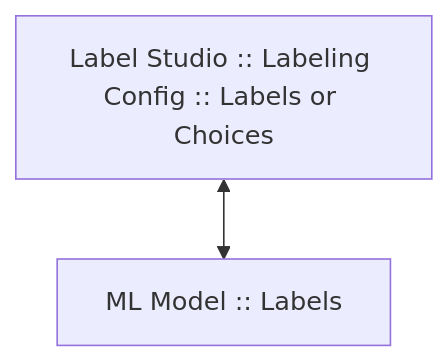
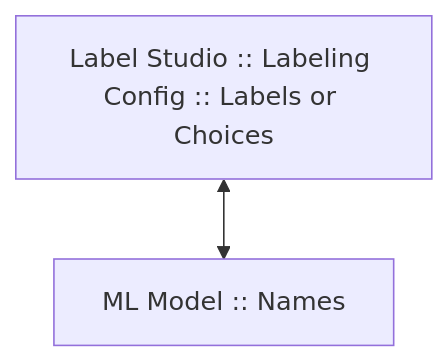
The diagram in label_studio_ml/examples/yolo/README.md (HumanSignal/label-studio-ml-backend), drawn with Mermaid before and after one commit.

Commit message:
Readme fix

````diff
--- a/label_studio_ml/examples/yolo/README.md
+++ b/label_studio_ml/examples/yolo/README.md
@@ -117,4 +117,4 @@
 ```mermaid
 graph TD
-    A[Label Studio :: Labeling Config :: Labels or Choices] <--> B[ML Model :: Labels]
+    A[Label Studio :: Labeling Config :: Labels or Choices] <--> B[ML Model :: Names]
 ```
````
